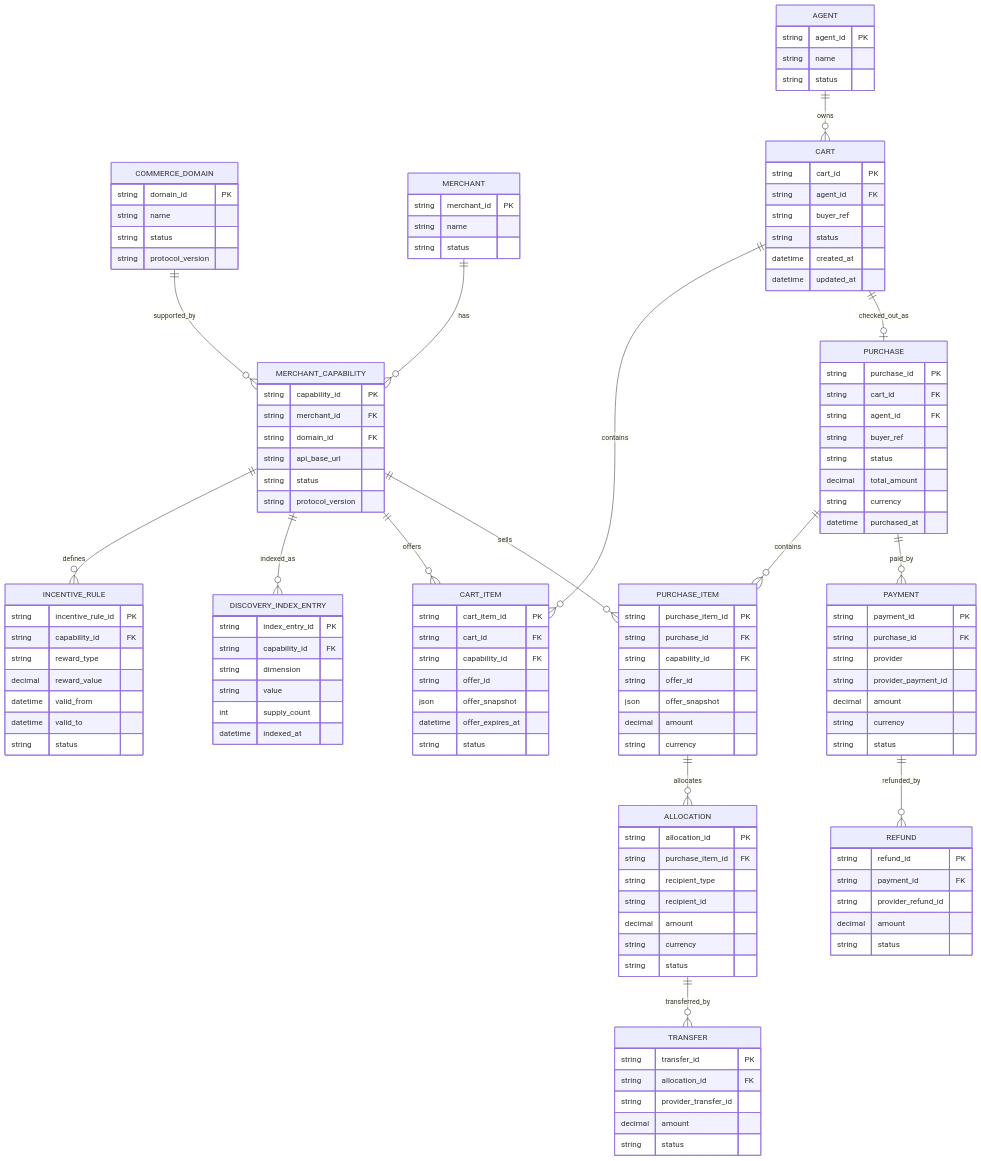
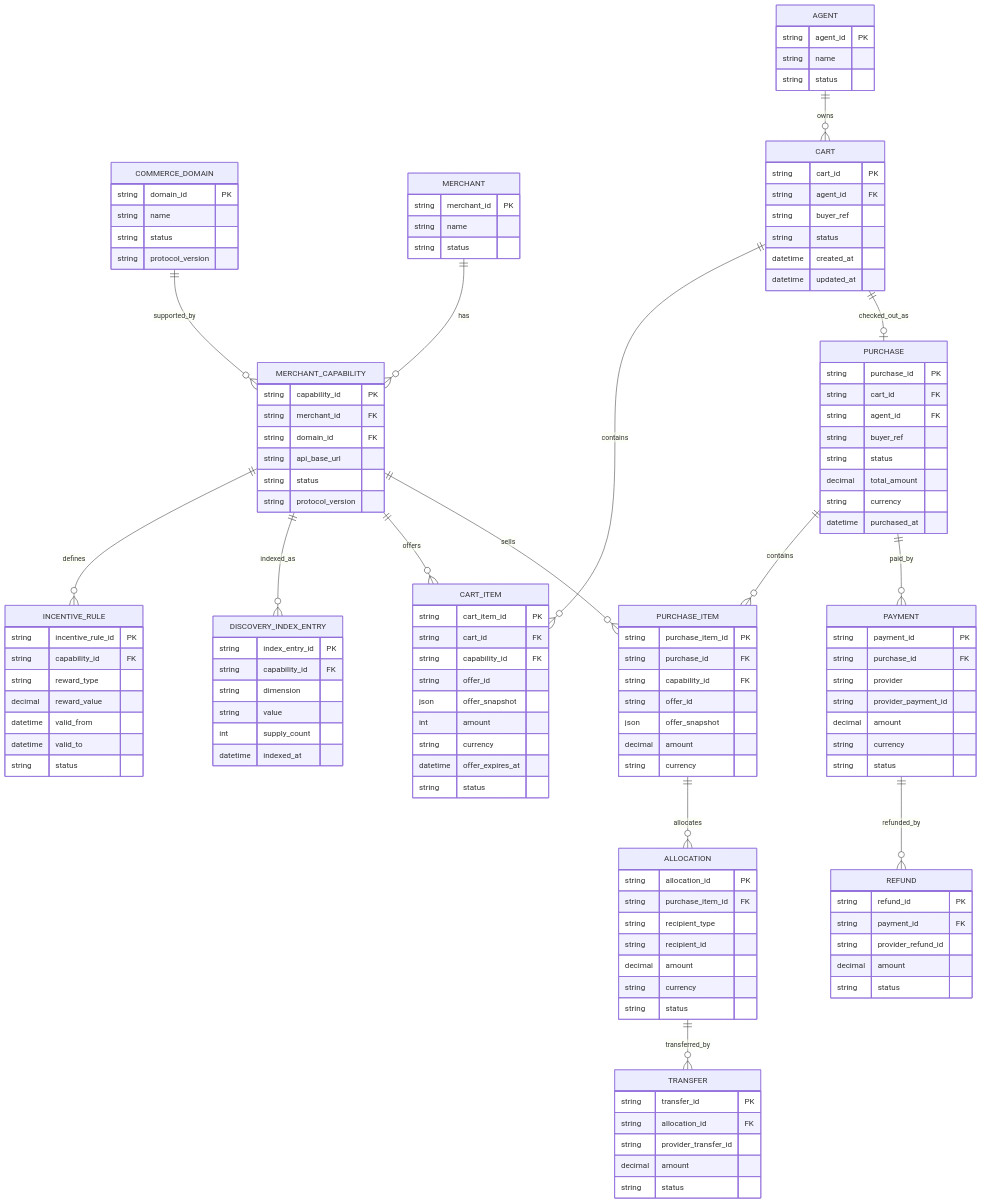
One commit to ShuzoShinagawa1102/offenro changed the diagram in doc/database-model.md. Above: the diagram before and after it, drawn with Mermaid. The commit also changed other lines of this file and 72 other files, not shown here.

```diff
--- a/doc/database-model.md
+++ b/doc/database-model.md
@@ -88,6 +88,8 @@
         string capability_id FK
         string offer_id
         json offer_snapshot
+        int amount
+        string currency
         datetime offer_expires_at
         string status
     }
```
